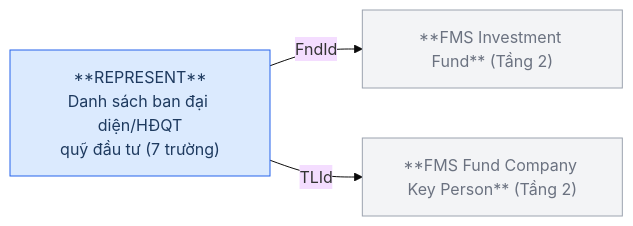
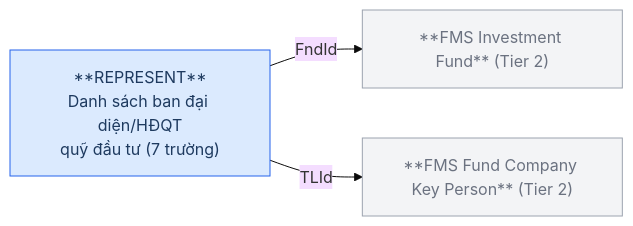
Before and after one commit to linhlvit/ubck_atomic_design: the third of 12 diagrams in Silver/hld/FMS_HLD_Tier3.md, drawn with Mermaid (base theme). The commit also changed other lines of this file and 111 other files, not shown here.

````diff
--- a/Silver/hld/FMS_HLD_Tier3.md
+++ b/Silver/hld/FMS_HLD_Tier3.md
@@ -94,12 +88,12 @@
 ```mermaid
 graph LR
     classDef src fill:#dbeafe,stroke:#2563eb,color:#1e3a5f
     classDef ref fill:#f3f4f6,stroke:#9ca3af,color:#6b7280
 
-    FUNDS["**FMS Investment Fund** (Tầng 2)"]:::ref
-    TLP["**FMS Fund Company Key Person** (Tầng 2)"]:::ref
+    FUNDS["**FMS Investment Fund** (Tier 2)"]:::ref
+    TLP["**FMS Fund Company Key Person** (Tier 2)"]:::ref
     REPRESENT["**REPRESENT**\nDanh sách ban đại diện/HĐQT\nquỹ đầu tư (7 trường)"]:::src
 
     REPRESENT -->|FndId| FUNDS
     REPRESENT -->|TLId| TLP
 ```
````
